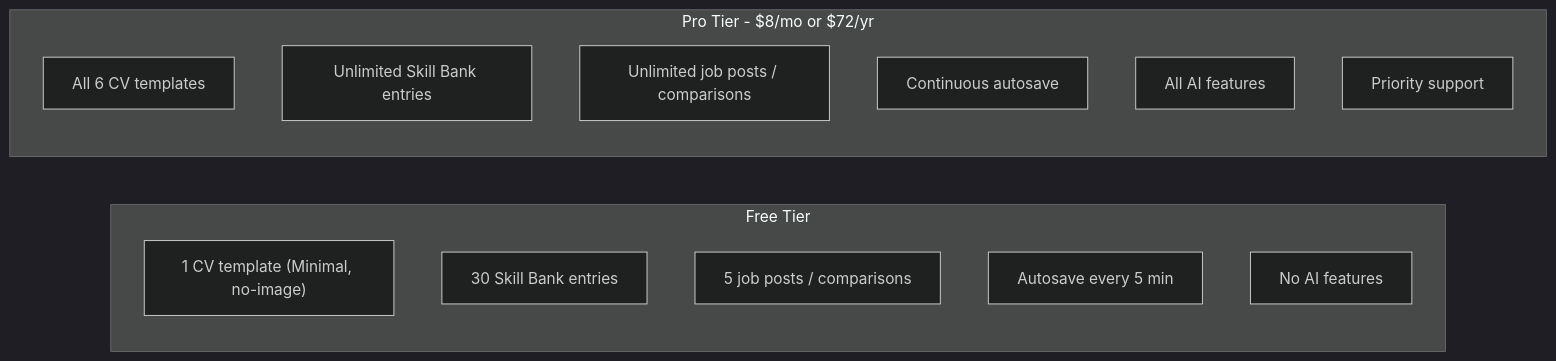
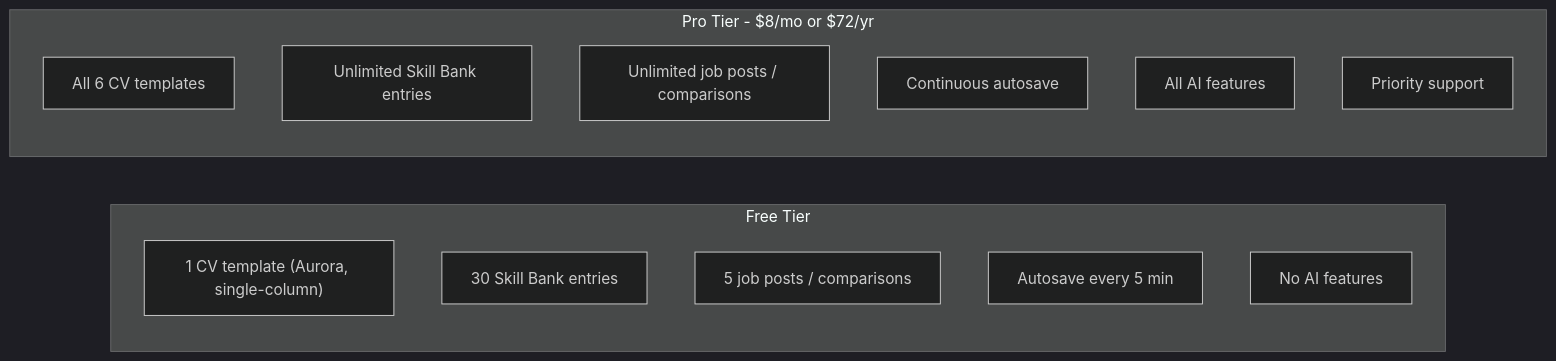
Before and after one commit to dekukoi/devprep: the third of 3 diagrams in context/project-overview.md, drawn with Mermaid (dark theme). The commit also changed other lines of this file and 46 other files, not shown here.

````diff
--- a/context/project-overview.md
+++ b/context/project-overview.md
@@ -754,19 +754,19 @@
 ```mermaid
 flowchart LR
     subgraph Free["Free Tier"]
-        F1["1 CV template (Minimal, no-image)"]
+        F1["1 CV template (Aurora, single-column)"]
         F2["30 Skill Bank entries"]
         F3["5 job posts / comparisons"]
         F4["Autosave every 5 min"]
         F5["No AI features"]
     end
 
     subgraph Pro["Pro Tier - $8/mo or $72/yr"]
         P1["All 6 CV templates"]
         P2["Unlimited Skill Bank entries"]
         P3["Unlimited job posts / comparisons"]
         P4["Continuous autosave"]
         P5["All AI features"]
         P6["Priority support"]
     end
 ```
````
